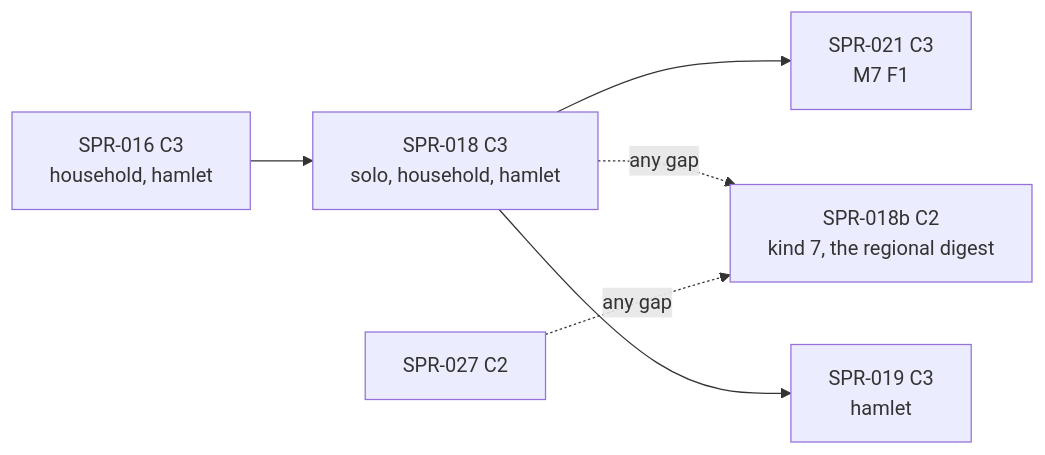
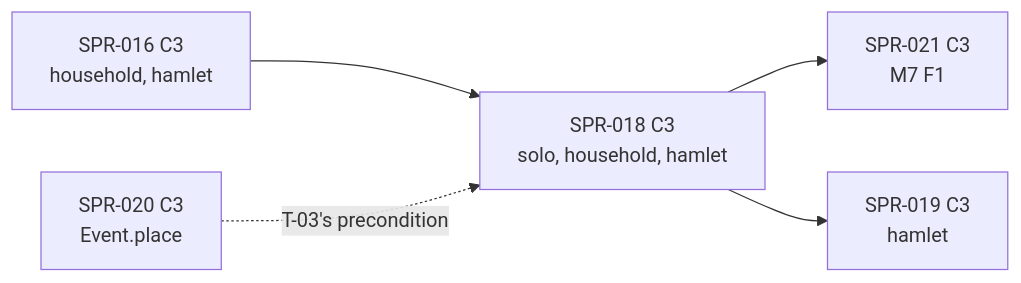
Before and after one commit to BigRigVibeCoder/Rehoboam: the diagram in CODEX/05_PROJECT/SPR-018_WorldgenLite.md, drawn with Mermaid. The commit also changed other lines of this file and 4 other files, not shown here.

````diff
--- a/CODEX/05_PROJECT/SPR-018_WorldgenLite.md
+++ b/CODEX/05_PROJECT/SPR-018_WorldgenLite.md
@@ -242,8 +223,7 @@
 ```mermaid
 flowchart LR
   S016[SPR-016 C3<br/>household, hamlet] --> S018[SPR-018 C3<br/>solo, household, hamlet]
   S018 --> S021[SPR-021 C3<br/>M7 F1]
-  S018 -.any gap.-> S018b[SPR-018b C2<br/>kind 7, the regional digest]
-  S027[SPR-027 C2] -.any gap.-> S018b
   S018 --> S019[SPR-019 C3<br/>hamlet]
+  S020[SPR-020 C3<br/>Event.place] -.T-03's precondition.-> S018
 ```
````
